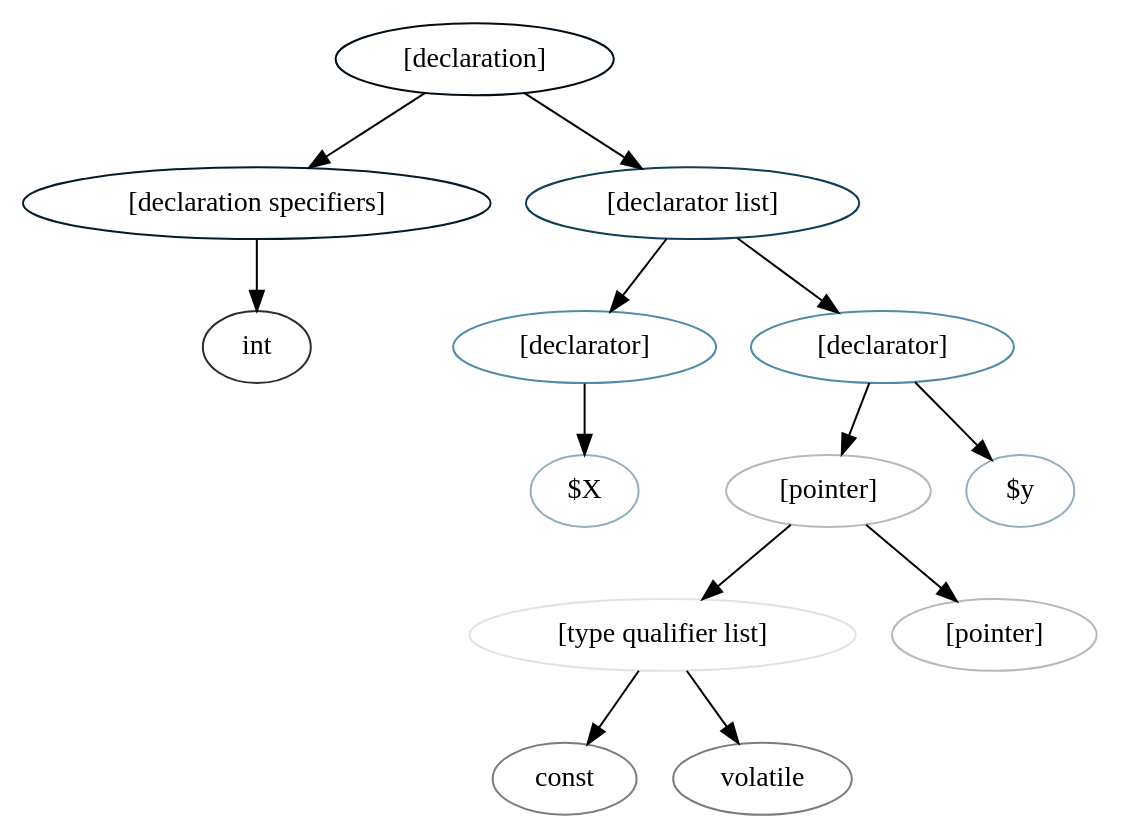
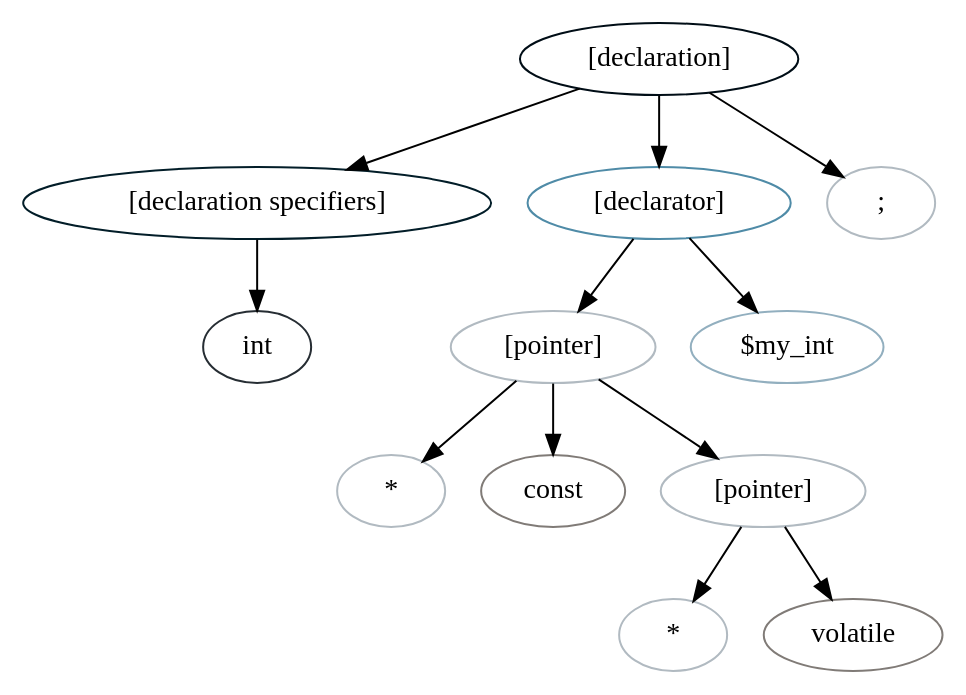
The diagram in lab2/sample.dot (StarOrpheus/mt2019), drawn with Graphviz before and after one commit. The commit also changed 1 other file, not shown here.

```diff
--- a/lab2/sample.dot
+++ b/lab2/sample.dot
@@ -1,27 +1,25 @@
 digraph AST {
-	x0x557292a9e800 [label="[declaration]" color="#000d16"];
-	x0x557292a9e860 [label="[declaration specifiers]" color="#021d28"];
-	x0x557292a9e800 -> x0x557292a9e860;
-	x0x557292a9e8c0 [label="int" color="#262d33"];
-	x0x557292a9e860 -> x0x557292a9e8c0;
-	x0x557292a9e960 [label="[declarator list]" color="#103e55"];
-	x0x557292a9e800 -> x0x557292a9e960;
-	x0x557292a9e9c0 [label="[declarator]" color="#4f8ba7"];
-	x0x557292a9e960 -> x0x557292a9e9c0;
-	x0x557292a9eb40 [label="$X" color="#92afbf"];
-	x0x557292a9e9c0 -> x0x557292a9eb40;
-	x0x557292a9ea80 [label="[declarator]" color="#4f8ba7"];
-	x0x557292a9e960 -> x0x557292a9ea80;
-	x0x557292a9ea20 [label="[pointer]" color="#b1bac1"];
-	x0x557292a9ea80 -> x0x557292a9ea20;
-	x0x557292a9eae0 [label="[type qualifier list]" color="#e6e1de"];
-	x0x557292a9ea20 -> x0x557292a9eae0;
-	x0x557292a9ebe0 [label="const" color="#807b77"];
-	x0x557292a9eae0 -> x0x557292a9ebe0;
-	x0x557292a9ec60 [label="volatile" color="#807b77"];
-	x0x557292a9eae0 -> x0x557292a9ec60;
-	x0x557292a9ece0 [label="[pointer]" color="#b1bac1"];
-	x0x557292a9ea20 -> x0x557292a9ece0;
-	x0x557292a9ed60 [label="$y" color="#92afbf"];
-	x0x557292a9ea80 -> x0x557292a9ed60;
+	x0x55f007c5f800 [label="[declaration]" color="#000d16"];
+	x0x55f007c5f860 [label="[declaration specifiers]" color="#021d28"];
+	x0x55f007c5f800 -> x0x55f007c5f860;
+	x0x55f007c5f8c0 [label="int" color="#262d33"];
+	x0x55f007c5f860 -> x0x55f007c5f8c0;
+	x0x55f007c5f9c0 [label="[declarator]" color="#4f8ba7"];
+	x0x55f007c5f800 -> x0x55f007c5f9c0;
+	x0x55f007c5fa20 [label="[pointer]" color="#b1bac1"];
+	x0x55f007c5f9c0 -> x0x55f007c5fa20;
+	x0x55f007c5fa80 [label="*" color="#b1bac1"];
+	x0x55f007c5fa20 -> x0x55f007c5fa80;
+	x0x55f007c5fb60 [label="const" color="#807b77"];
+	x0x55f007c5fa20 -> x0x55f007c5fb60;
+	x0x55f007c5fb00 [label="[pointer]" color="#b1bac1"];
+	x0x55f007c5fa20 -> x0x55f007c5fb00;
+	x0x55f007c5fbe0 [label="*" color="#b1bac1"];
+	x0x55f007c5fb00 -> x0x55f007c5fbe0;
+	x0x55f007c5fca0 [label="volatile" color="#807b77"];
+	x0x55f007c5fb00 -> x0x55f007c5fca0;
+	x0x55f007c5fc40 [label="$my_int" color="#92afbf"];
+	x0x55f007c5f9c0 -> x0x55f007c5fc40;
+	x0x55f007c5f960 [label=";" color="#b1bac1"];
+	x0x55f007c5f800 -> x0x55f007c5f960;
 }
```
